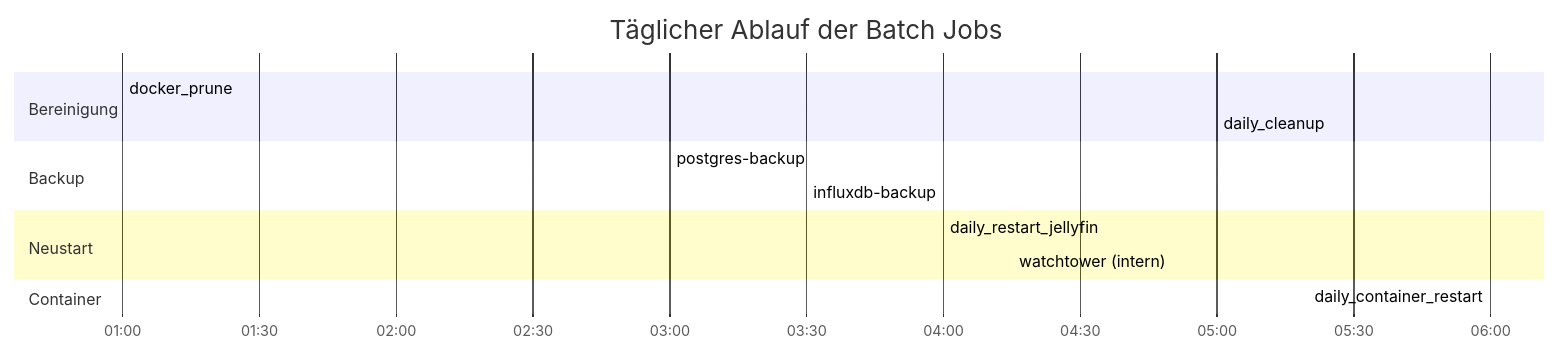
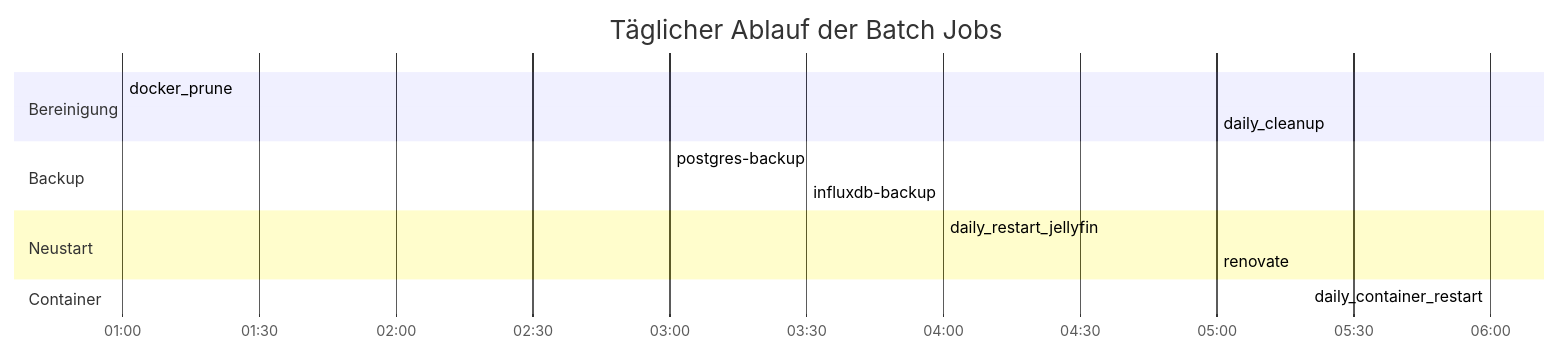
One commit to derever-labs/homelab-wiki changed the diagram in docs/_querschnitt/batch-jobs.md. Above: the diagram before and after it, drawn with Mermaid. The commit also changed other lines of this file and 2 other files, not shown here.

Commit message:
docs(wiki): Renovate dokumentiert, Watchtower als deprecated markiert

````diff
--- a/docs/_querschnitt/batch-jobs.md
+++ b/docs/_querschnitt/batch-jobs.md
@@ -17,21 +17,21 @@
 ```mermaid
 gantt
     title Täglicher Ablauf der Batch Jobs
     dateFormat HH:mm
     axisFormat %H:%M
 
     section Bereinigung
     docker_prune           :01:00, 15min
     daily_cleanup          :05:00, 30min
 
     section Backup
     postgres-backup        :03:00, 15min
     influxdb-backup        :03:30, 15min
 
     section Neustart
     daily_restart_jellyfin :04:00, 5min
-    watchtower (intern)    :04:15, 30min
+    renovate               :05:00, 15min
 
     section Container
     daily_container_restart:06:00, 5min
 ```
````
